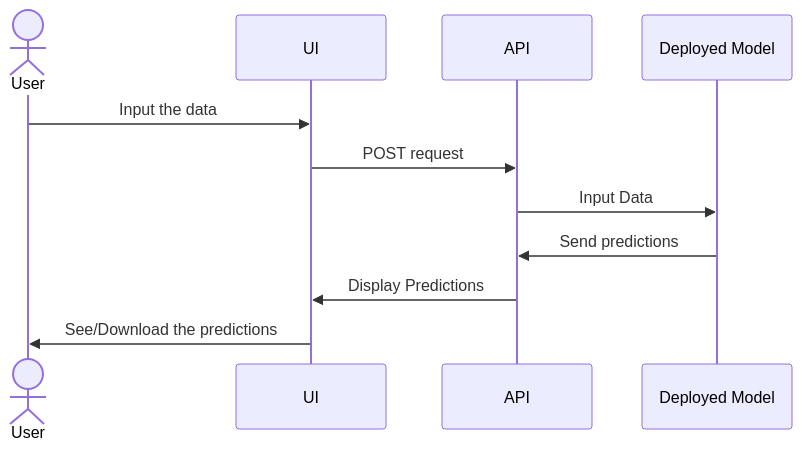
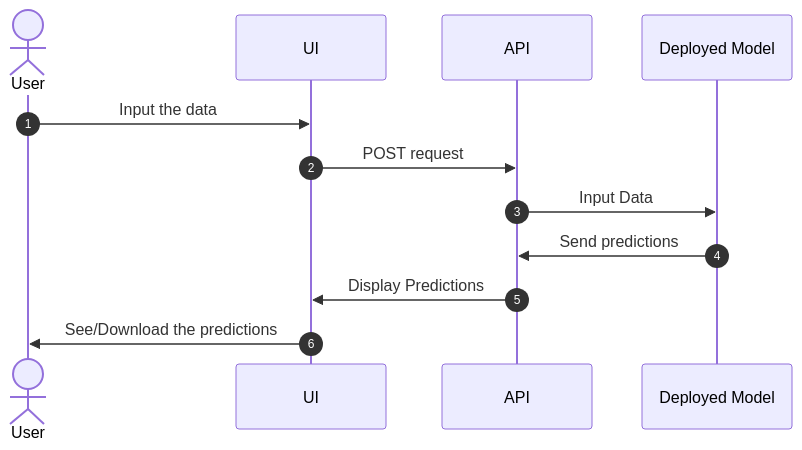
One commit to arv-anshul/ineuron-project-docs-template changed the fifth of 6 diagrams in docs/markdowns/LLD.md. Above: the diagram before and after it, drawn with Mermaid. The commit also changed other lines of this file and 2 other files, not shown here.

Commit message:
Modify graphs & numbring

````diff
--- a/docs/markdowns/LLD.md
+++ b/docs/markdowns/LLD.md
@@ -127,15 +132,15 @@
 ```mermaid
-sequenceDiagram
+sequenceDiagram autonumber
 
-actor User
-participant UI
-participant API
-participant Deployed Model
+    actor User
+    participant UI
+    participant API
+    participant Deployed Model
 
-User ->> UI: Input the data
-UI ->> API: POST request
-API ->> Deployed Model: Input Data
-Deployed Model ->> API: Send predictions
-API ->> UI: Display Predictions
-UI ->> User: See/Download the predictions
+    User ->> UI: Input the data
+    UI ->> API: POST request
+    API ->> Deployed Model: Input Data
+    Deployed Model ->> API: Send predictions
+    API ->> UI: Display Predictions
+    UI ->> User: See/Download the predictions
 ```
````
